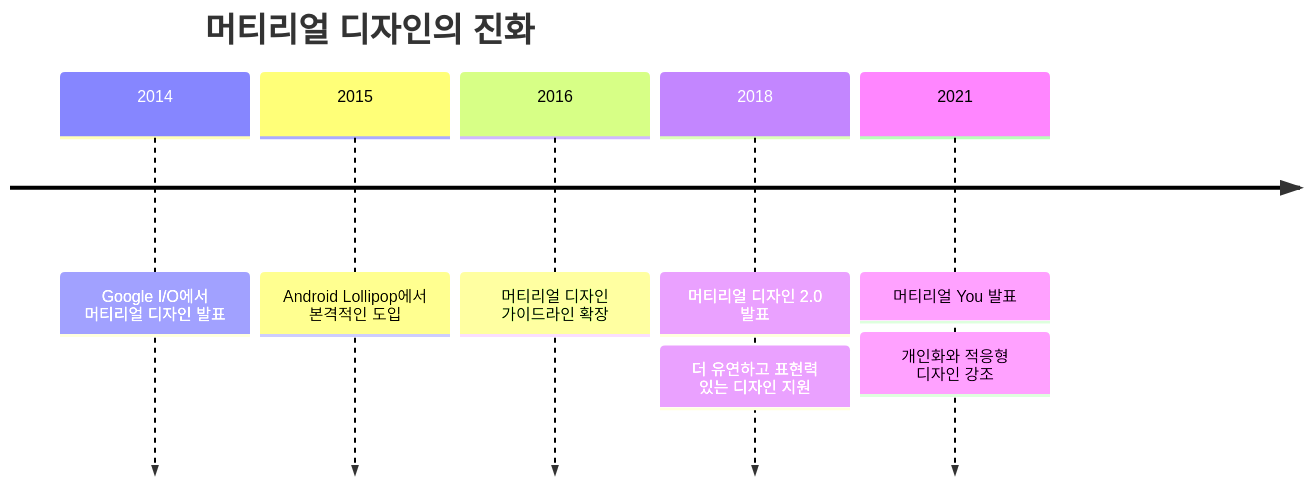
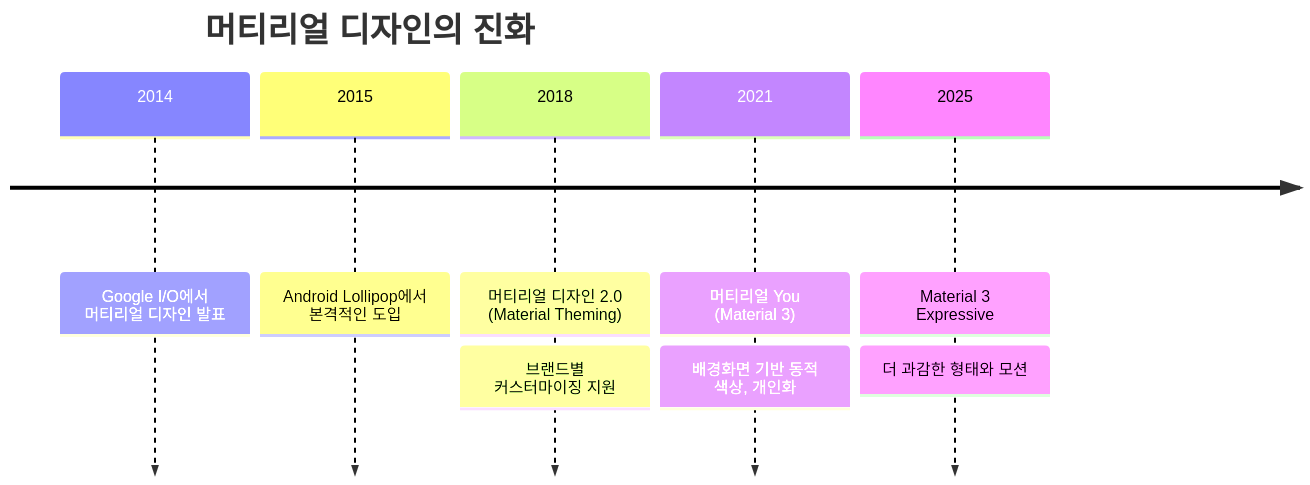
One commit to saejinpark/saejinpark.github.io changed the diagram in _posts/design/style/2024-08-25-materialDesign.md. Above: the diagram before and after it, drawn with Mermaid. The commit also changed other lines of this file and 23 other files, not shown here.

```diff
--- a/_posts/design/style/2024-08-25-materialDesign.md
+++ b/_posts/design/style/2024-08-25-materialDesign.md
@@ -31,11 +38,12 @@
 <div class="mermaid">
 timeline
   title 머티리얼 디자인의 진화
   2014 : Google I/O에서 머티리얼 디자인 발표
   2015 : Android Lollipop에서 본격적인 도입
-  2016 : 머티리얼 디자인 가이드라인 확장
-  2018 : 머티리얼 디자인 2.0 발표
-       : 더 유연하고 표현력 있는 디자인 지원
-  2021 : 머티리얼 You 발표
-       : 개인화와 적응형 디자인 강조
+  2018 : 머티리얼 디자인 2.0 (Material Theming)
+       : 브랜드별 커스터마이징 지원
+  2021 : 머티리얼 You (Material 3)
+       : 배경화면 기반 동적 색상, 개인화
+  2025 : Material 3 Expressive
+       : 더 과감한 형태와 모션
 </div>
```
